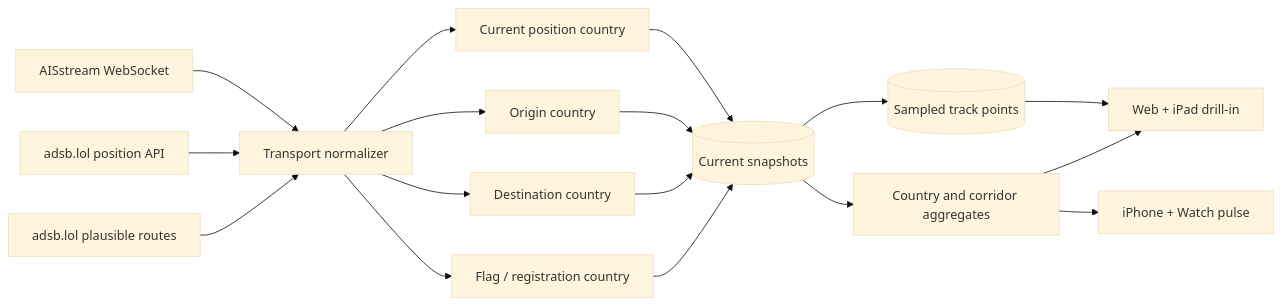
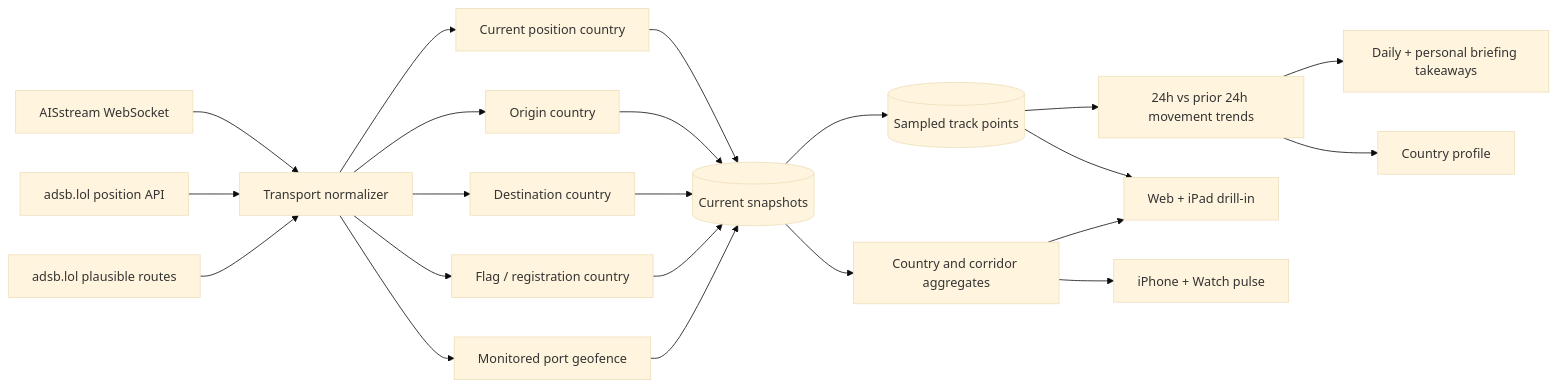
Before and after one commit to eojgroup/claritas: the diagram in docs/transport-intelligence.md, drawn with Mermaid (base theme). The commit also changed other lines of this file and 21 other files, not shown here.

Commit message:
Add transport movement takeaways

````diff
--- a/docs/transport-intelligence.md
+++ b/docs/transport-intelligence.md
@@ -7,19 +7,24 @@
 ```mermaid
 flowchart LR
   AIS[AISstream WebSocket] --> Normalize[Transport normalizer]
   ADSB[adsb.lol position API] --> Normalize
   ADSBRoute[adsb.lol plausible routes] --> Normalize
   Normalize --> Position[Current position country]
   Normalize --> Origin[Origin country]
   Normalize --> Destination[Destination country]
   Normalize --> Flag[Flag / registration country]
+  Normalize --> Port[Monitored port geofence]
   Position --> Snapshot[(Current snapshots)]
   Origin --> Snapshot
   Destination --> Snapshot
   Flag --> Snapshot
+  Port --> Snapshot
   Snapshot --> Trail[(Sampled track points)]
   Snapshot --> Aggregate[Country and corridor aggregates]
+  Trail --> Trend[24h vs prior 24h movement trends]
+  Trend --> Briefing[Daily + personal briefing takeaways]
+  Trend --> Profile[Country profile]
   Trail --> Full[Web + iPad drill-in]
   Aggregate --> Full
   Aggregate --> Compact[iPhone + Watch pulse]
 ```
````
